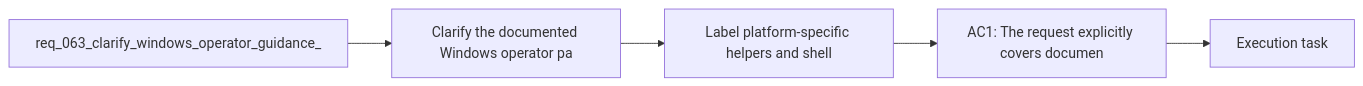
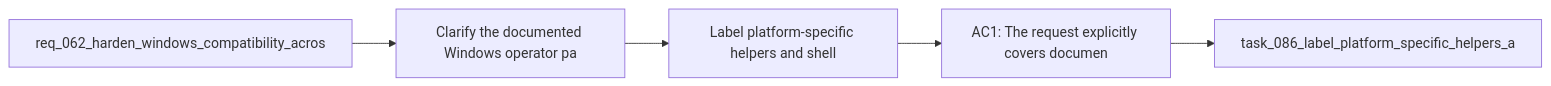
One commit to AlexAgo83/logics-manager changed the diagram in logics/backlog/item_081_label_platform_specific_helpers_and_shell_specific_command_variants_explicitly.md. Above: the diagram before and after it, drawn with Mermaid. The commit also changed 481 other files, not shown here.

````diff
--- a/logics/backlog/item_081_label_platform_specific_helpers_and_shell_specific_command_variants_explicitly.md
+++ b/logics/backlog/item_081_label_platform_specific_helpers_and_shell_specific_command_variants_explicitly.md
@@ -23,9 +23,9 @@
 ```mermaid
 %% logics-kind: backlog
 %% logics-signature: backlog|label-platform-specific-helpers-and-shel|req-062-harden-windows-compatibility-acr|clarify-the-documented-windows-operator-|ac1-the-request-explicitly-covers-docume
 flowchart LR
-    Request[req_063_clarify_windows_operator_guidance_] --> Problem[Clarify the documented Windows operator pa]
+    Request[req_062_harden_windows_compatibility_acros] --> Problem[Clarify the documented Windows operator pa]
     Problem --> Scope[Label platform-specific helpers and shell]
     Scope --> Acceptance[AC1: The request explicitly covers documen]
-    Acceptance --> Tasks[Execution task]
+    Acceptance --> Tasks[task_086_label_platform_specific_helpers_a]
 ```
````
